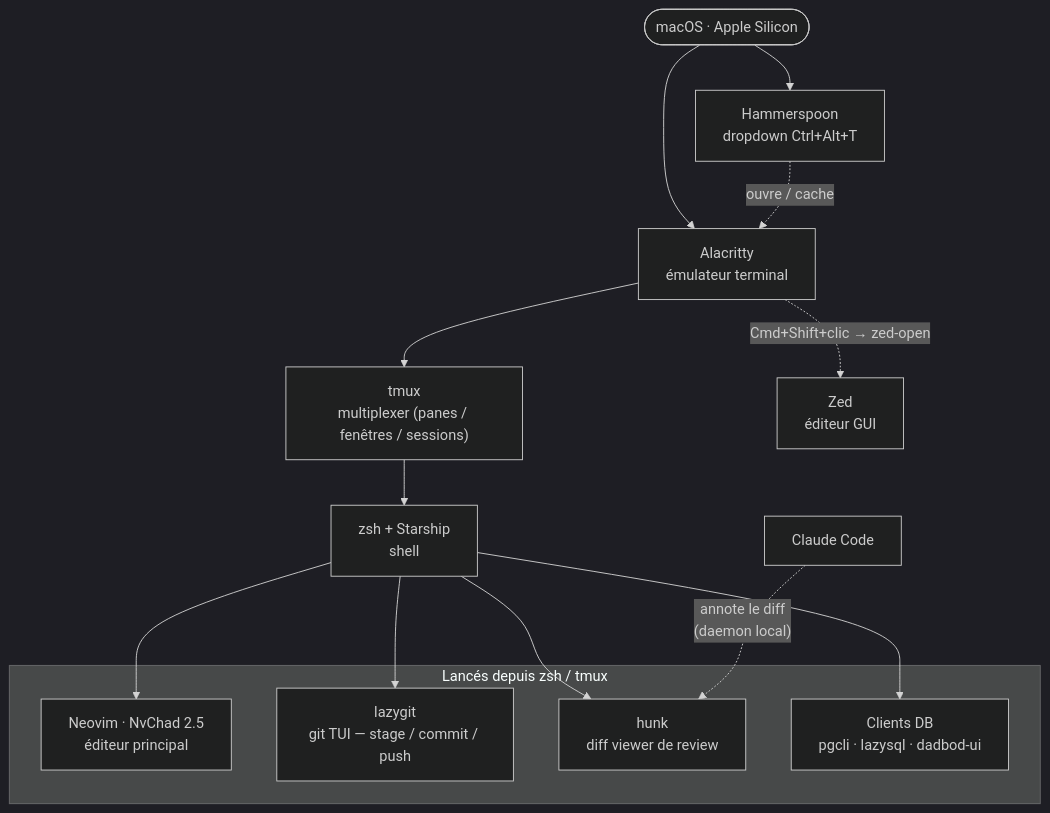
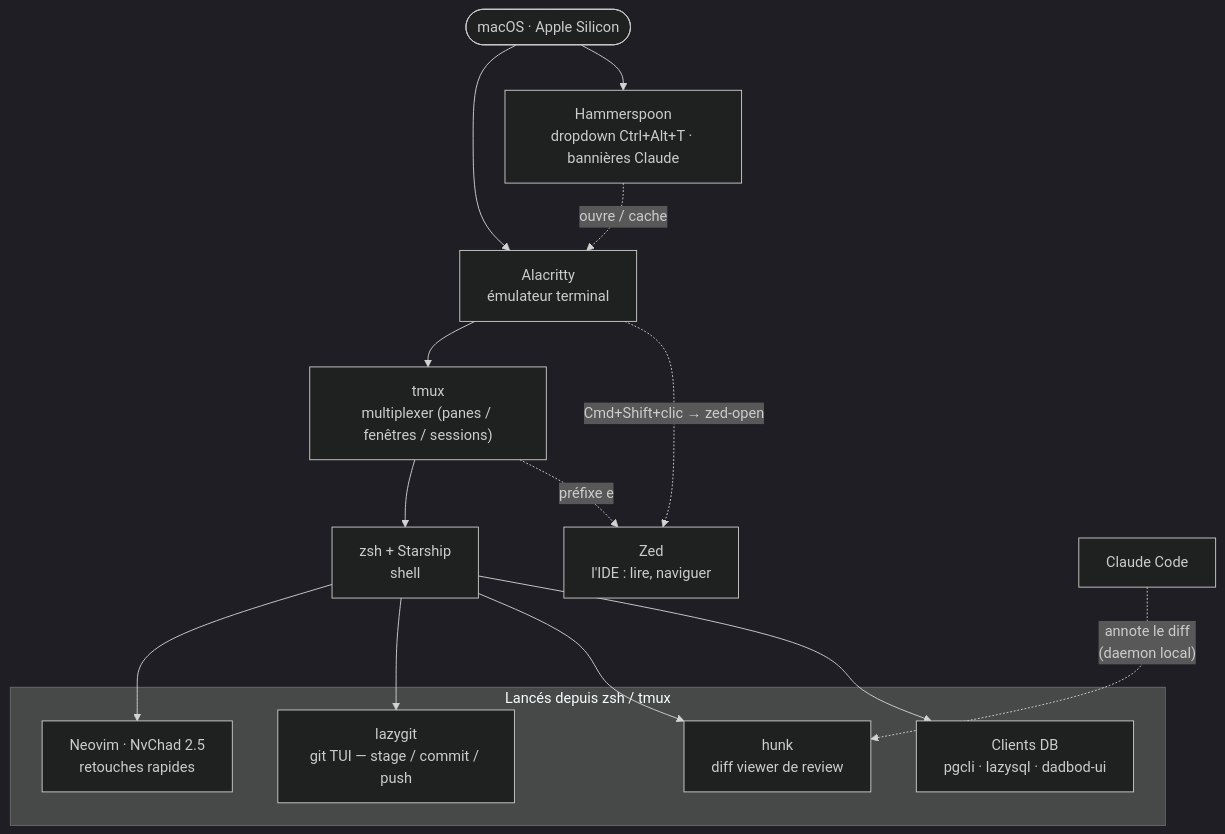
One commit to Skayfa/dotfiles changed the first of 7 diagrams in ARCHITECTURE.md. Above: the diagram before and after it, drawn with Mermaid (dark theme). The commit also changed other lines of this file and 6 other files, not shown here.

````diff
--- a/ARCHITECTURE.md
+++ b/ARCHITECTURE.md
@@ -11,28 +11,29 @@
 ```mermaid
 flowchart TD
     OS(["macOS · Apple Silicon"])
-    HS["Hammerspoon<br/>dropdown Ctrl+Alt+T"]
+    HS["Hammerspoon<br/>dropdown Ctrl+Alt+T · bannières Claude"]
     ALA["Alacritty<br/>émulateur terminal"]
     TMUX["tmux<br/>multiplexer (panes / fenêtres / sessions)"]
     ZSH["zsh + Starship<br/>shell"]
-    ZED["Zed<br/>éditeur GUI"]
+    ZED["Zed<br/>l'IDE : lire, naviguer"]
 
     OS --> ALA
     OS --> HS
     HS -. "ouvre / cache" .-> ALA
     ALA --> TMUX
     TMUX --> ZSH
     ALA -. "Cmd+Shift+clic → zed-open" .-> ZED
+    TMUX -. "préfixe e" .-> ZED
 
     subgraph lanc["Lancés depuis zsh / tmux"]
-        NVIM["Neovim · NvChad 2.5<br/>éditeur principal"]
+        NVIM["Neovim · NvChad 2.5<br/>retouches rapides"]
         LG["lazygit<br/>git TUI — stage / commit / push"]
         HK["hunk<br/>diff viewer de review"]
         DBC["Clients DB<br/>pgcli · lazysql · dadbod-ui"]
     end
     ZSH --> NVIM
     ZSH --> LG
     ZSH --> HK
     ZSH --> DBC
     CLAUDE["Claude Code"] -. "annote le diff<br/>(daemon local)" .-> HK
 ```
````
